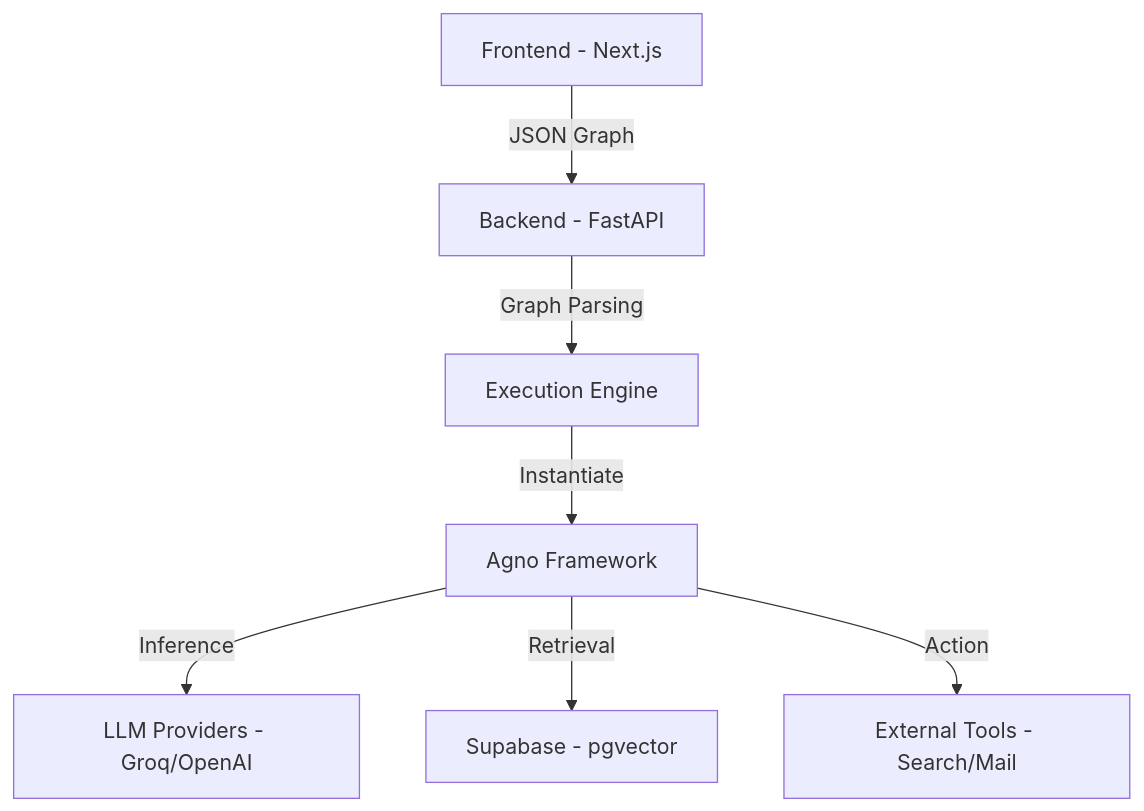
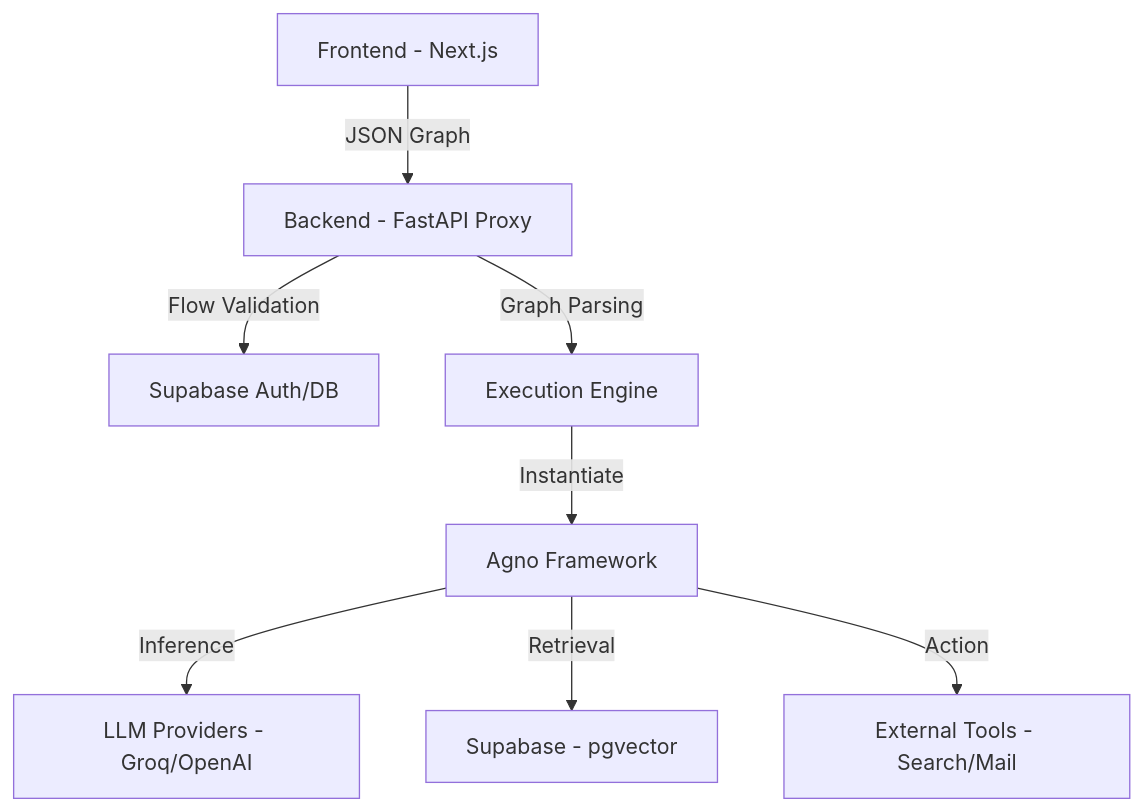
The diagram in README.md (OmShah74/Agflow-AgenticAI), drawn with Mermaid before and after one commit. The commit also changed other lines of this file, not shown here.

````diff
--- a/README.md
+++ b/README.md
@@ -91,9 +81,10 @@
 ```mermaid
 graph TD
-    A[Frontend - Next.js] -->|JSON Graph| B[Backend - FastAPI]
+    A[Frontend - Next.js] -->|JSON Graph| B[Backend - FastAPI Proxy]
+    B -->|Flow Validation| B1[Supabase Auth/DB]
     B -->|Graph Parsing| C[Execution Engine]
     C -->|Instantiate| D[Agno Framework]
     D -->|Inference| E[LLM Providers - Groq/OpenAI]
     D -->|Retrieval| F[Supabase - pgvector]
     D -->|Action| G[External Tools - Search/Mail]
 ```
````
